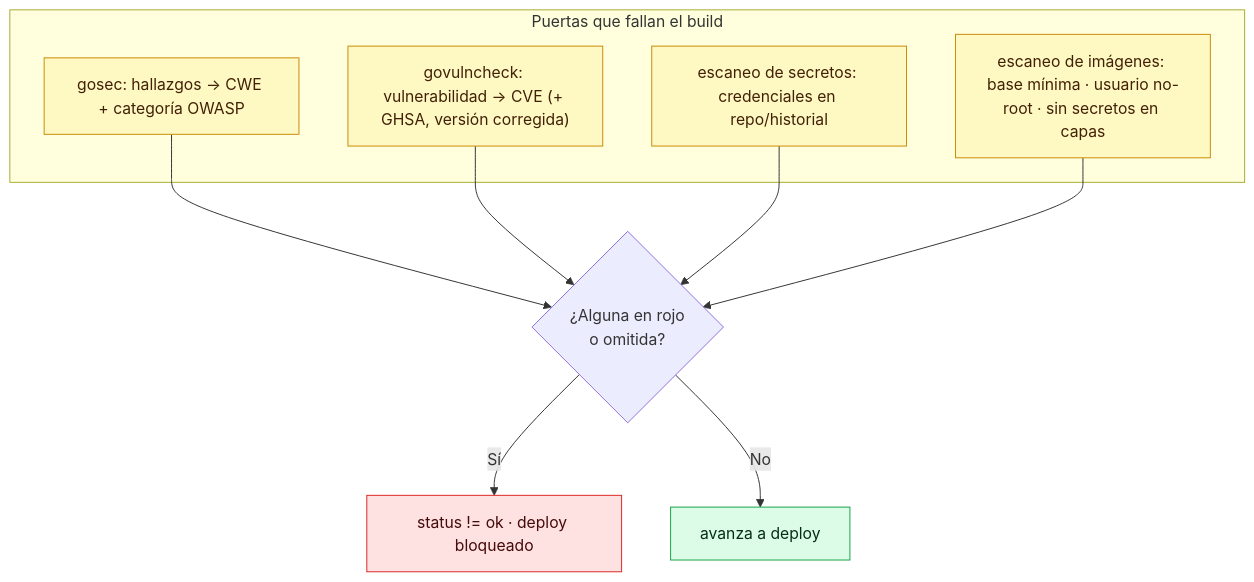
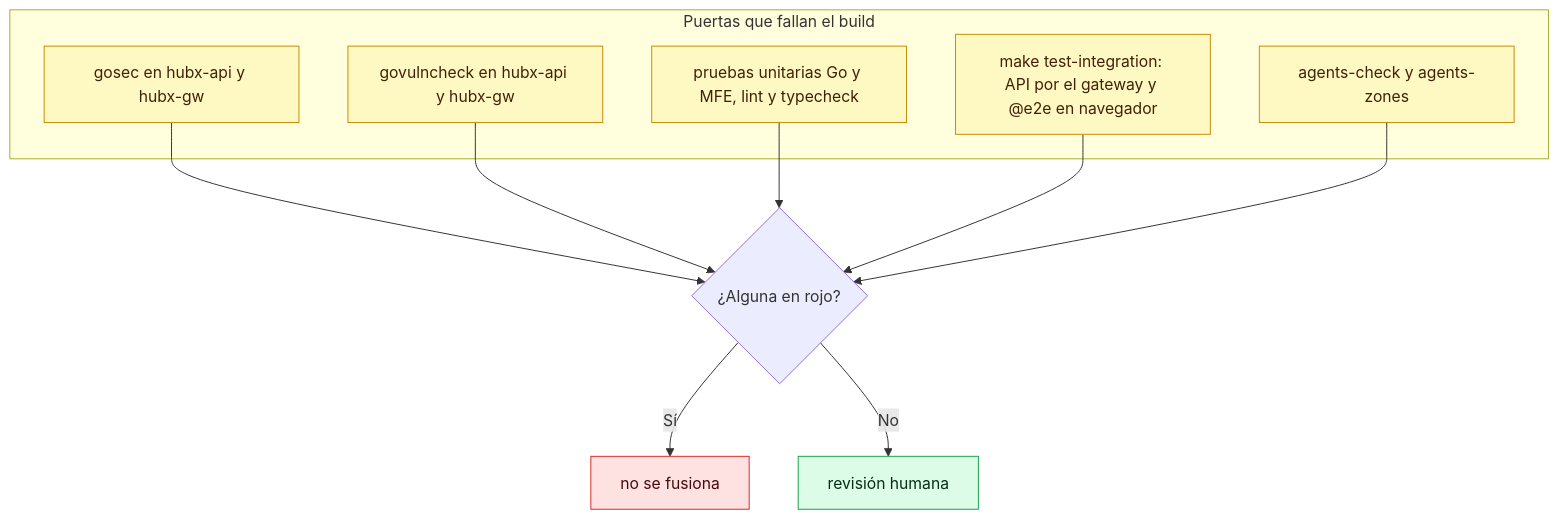
Before and after one commit to JairoHGomezCastillo/hubx: the third of 5 diagrams in docs/diagramas/06-devsecops-cicd.md, drawn with Mermaid. The commit also changed other lines of this file and 6 other files, not shown here.

Commit message:
[agent:hubx-lead] 011 update docs/diagramas to the current state

````diff
--- a/docs/diagramas/06-devsecops-cicd.md
+++ b/docs/diagramas/06-devsecops-cicd.md
@@ -39,23 +82,25 @@
 ```mermaid
 flowchart TB
     subgraph Gates["Puertas que fallan el build"]
-        G1["gosec: hallazgos → CWE + categoría OWASP"]
-        G2["govulncheck: vulnerabilidad → CVE (+ GHSA, versión corregida)"]
-        G3["escaneo de secretos: credenciales en repo/historial"]
-        G4["escaneo de imágenes: base mínima · usuario no-root · sin secretos en capas"]
+        G1["gosec en hubx-api y hubx-gw"]
+        G2["govulncheck en hubx-api y hubx-gw"]
+        G3["pruebas unitarias Go y MFE, lint y typecheck"]
+        G4["make test-integration: API por el gateway y @e2e en navegador"]
+        G5["agents-check y agents-zones"]
     end
-    RESULT{"¿Alguna en rojo<br/>o omitida?"}
+    RESULT{"¿Alguna en rojo?"}
     G1 --> RESULT
     G2 --> RESULT
     G3 --> RESULT
     G4 --> RESULT
-    RESULT -->|Sí| NO["status != ok · deploy bloqueado"]
-    RESULT -->|No| YES["avanza a deploy"]
+    G5 --> RESULT
+    RESULT -->|Sí| NO["no se fusiona"]
+    RESULT -->|No| YES["revisión humana"]
 
     classDef gate fill:#fef9c3,stroke:#ca8a04,color:#422006;
     classDef no fill:#fee2e2,stroke:#dc2626,color:#450a0a;
     classDef yes fill:#dcfce7,stroke:#16a34a,color:#052e16;
-    class G1,G2,G3,G4 gate;
+    class G1,G2,G3,G4,G5 gate;
     class NO no;
     class YES yes;
 ```
````
